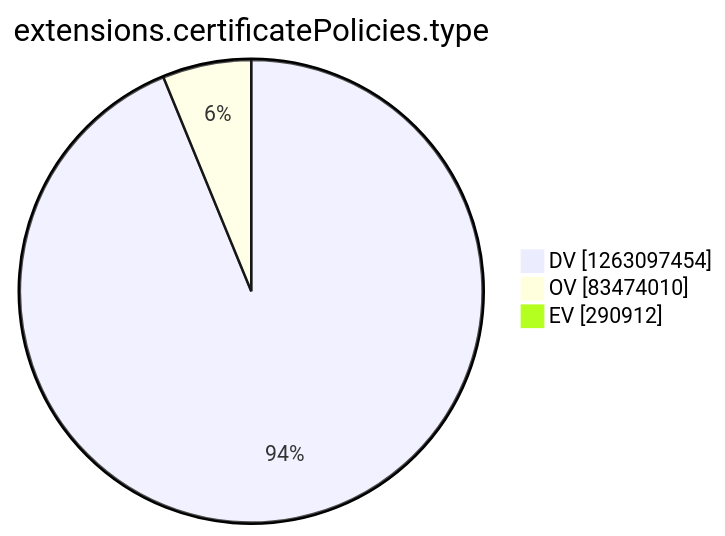
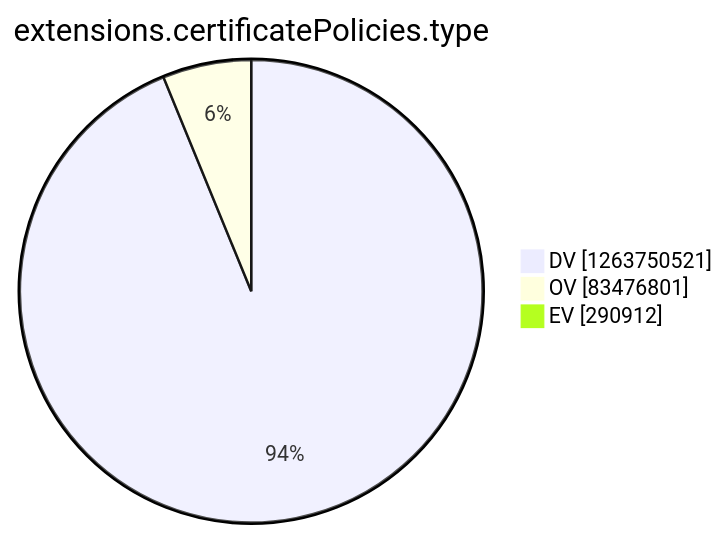
One commit to christiankrug/ctmonitor_visualization changed the tenth of 15 diagrams in argon2022/README.md. Above: the diagram before and after it, drawn with Mermaid. The commit also changed other lines of this file, not shown here.

````diff
--- a/argon2022/README.md
+++ b/argon2022/README.md
@@ -2771,7 +2771,7 @@
 ```mermaid
 pie showData
 title extensions.certificatePolicies.type
-"DV" :1263097454
-"OV" :83474010
+"DV" :1263750521
+"OV" :83476801
 "EV" :290912
 ```
````
